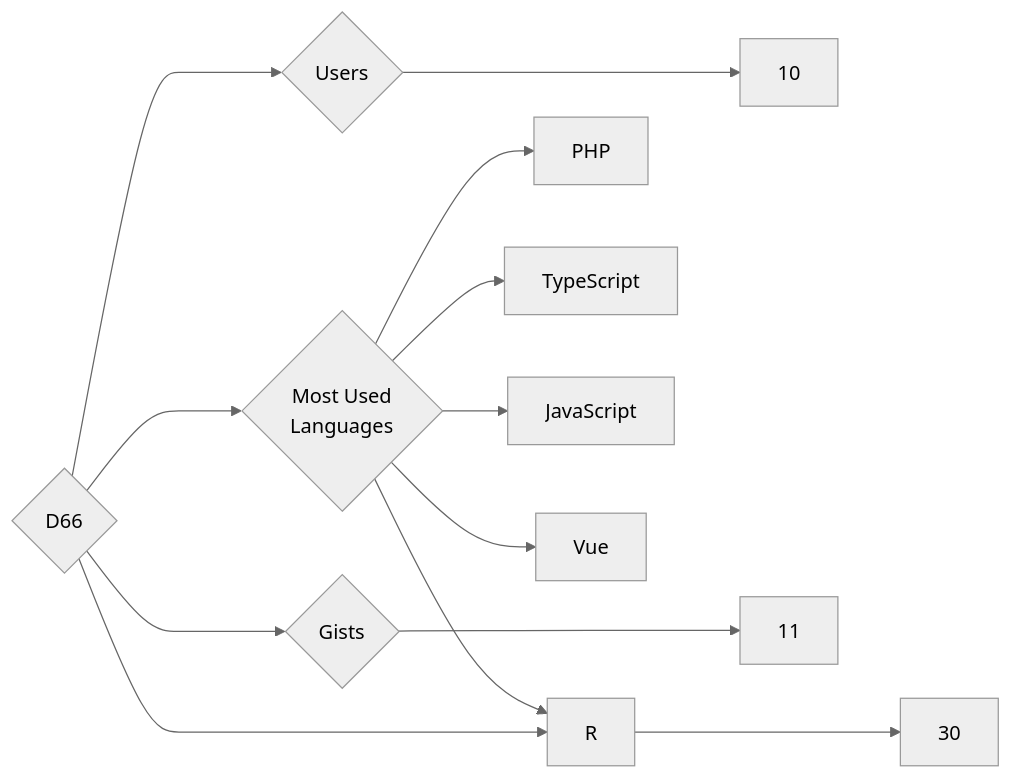
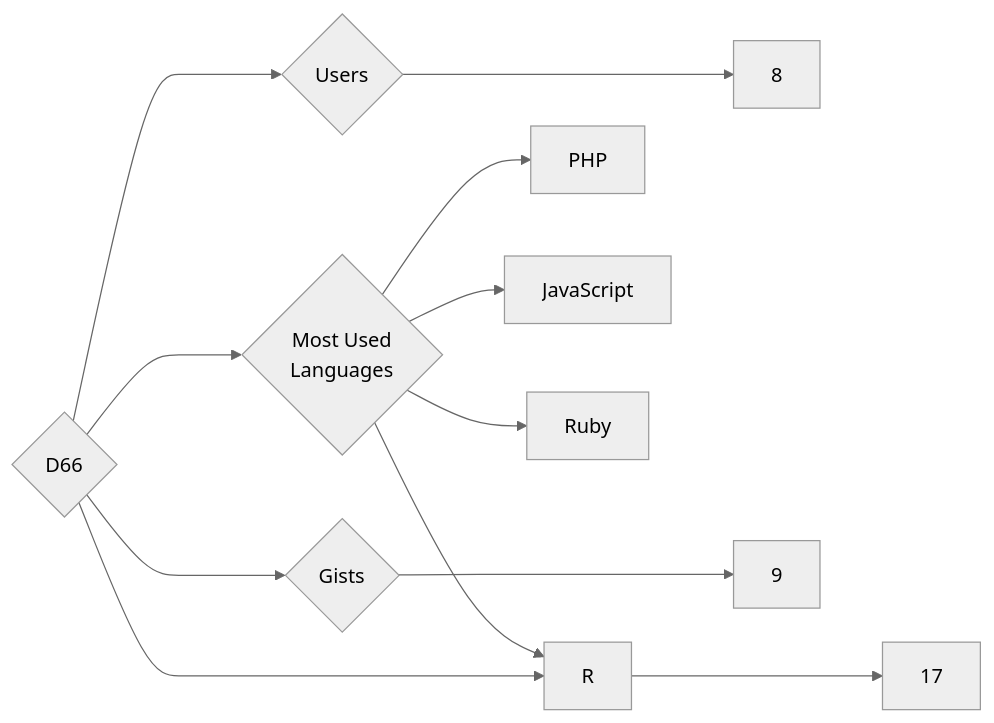
One commit to trickest/insiders changed the diagram in targets/D66/README.md. Above: the diagram before and after it, drawn with Mermaid (neutral theme). The commit also changed 882 other files, not shown here.

````diff
--- a/targets/D66/README.md
+++ b/targets/D66/README.md
@@ -3,13 +3,12 @@
 ```mermaid
 graph LR
 COMPANY_NAME{D66}
-COMPANY_NAME ---> U{Users} ---> UN[10]
-COMPANY_NAME ---> R{Repositories} ---> RN[30]
-COMPANY_NAME ---> G{Gists} ---> GN[11]
+COMPANY_NAME ---> U{Users} ---> UN[8]
+COMPANY_NAME ---> R{Repositories} ---> RN[17]
+COMPANY_NAME ---> G{Gists} ---> GN[9]
 COMPANY_NAME ---> ML{Most Used<br>Languages}
 ML --> PHP[PHP]
-ML --> TypeScript[TypeScript]
 ML --> JavaScript[JavaScript]
-ML --> Vue[Vue]
+ML --> Ruby[Ruby]
 ML --> R[R]
 ```
````
